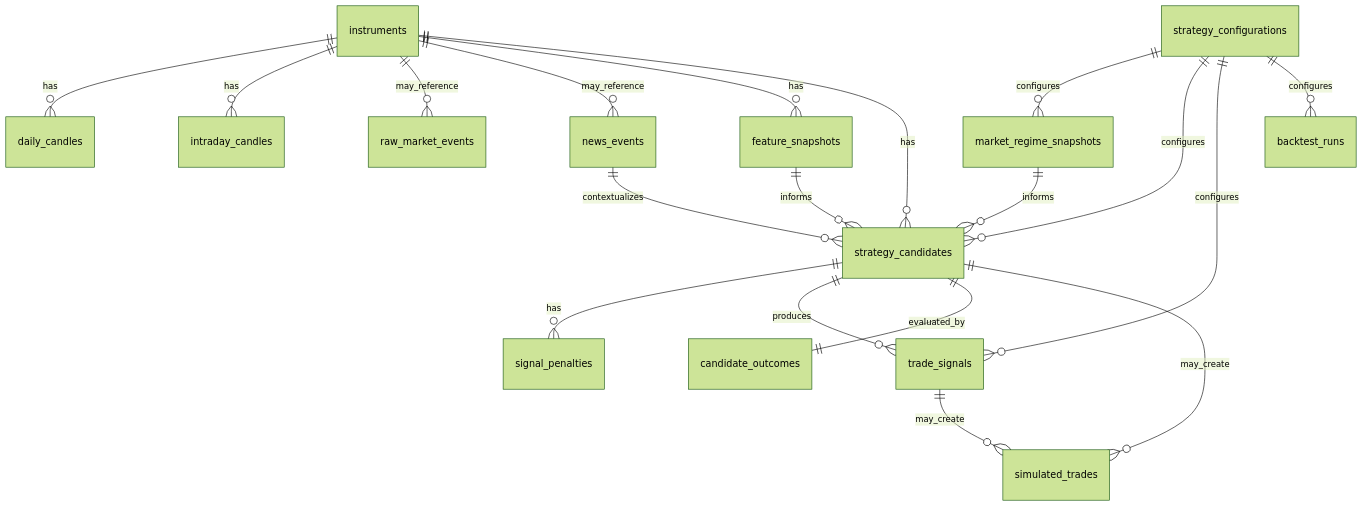
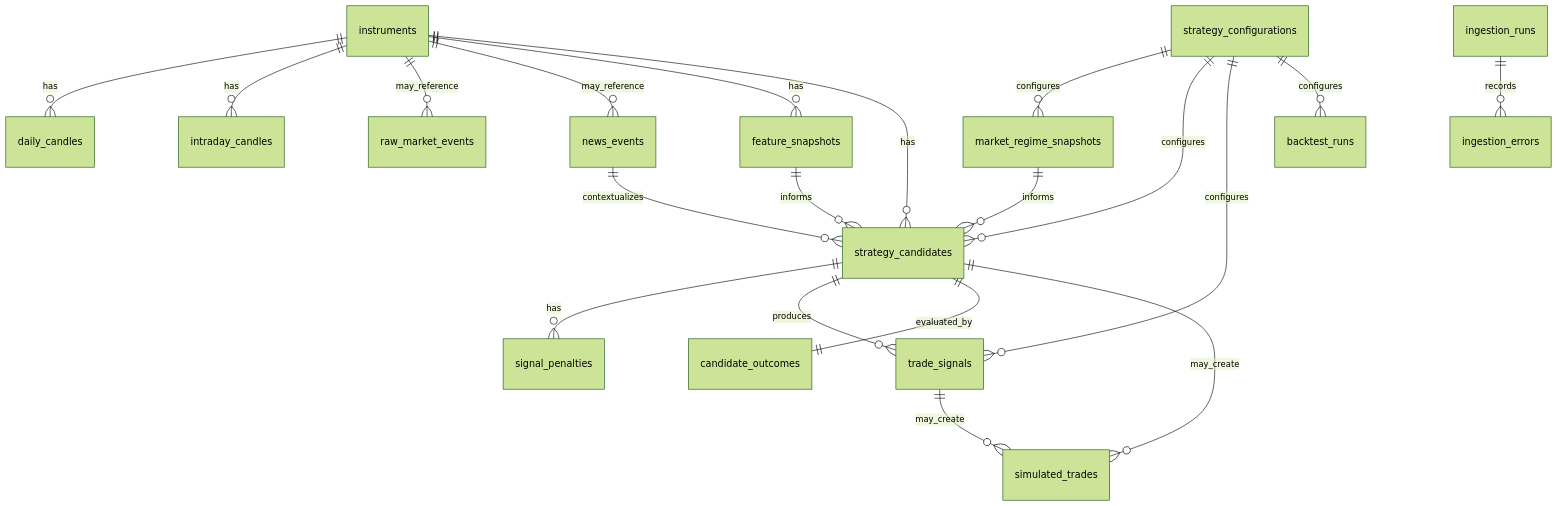
One commit to MathewShine/InterSignal changed the diagram in docs/database-schema.md. Above: the diagram before and after it, drawn with Mermaid (forest theme). The commit also changed other lines of this file and 78 other files, not shown here.

````diff
--- a/docs/database-schema.md
+++ b/docs/database-schema.md
@@ -41,21 +43,22 @@
 ```mermaid
 erDiagram
   instruments ||--o{ daily_candles : has
   instruments ||--o{ intraday_candles : has
   instruments ||--o{ raw_market_events : may_reference
   instruments ||--o{ news_events : may_reference
   instruments ||--o{ feature_snapshots : has
   instruments ||--o{ strategy_candidates : has
   strategy_configurations ||--o{ market_regime_snapshots : configures
   strategy_configurations ||--o{ strategy_candidates : configures
   strategy_configurations ||--o{ trade_signals : configures
   strategy_configurations ||--o{ backtest_runs : configures
   market_regime_snapshots ||--o{ strategy_candidates : informs
   feature_snapshots ||--o{ strategy_candidates : informs
   news_events ||--o{ strategy_candidates : contextualizes
   strategy_candidates ||--o{ signal_penalties : has
   strategy_candidates ||--o{ trade_signals : produces
   strategy_candidates ||--|| candidate_outcomes : evaluated_by
   strategy_candidates ||--o{ simulated_trades : may_create
   trade_signals ||--o{ simulated_trades : may_create
+  ingestion_runs ||--o{ ingestion_errors : records
 ```
````
